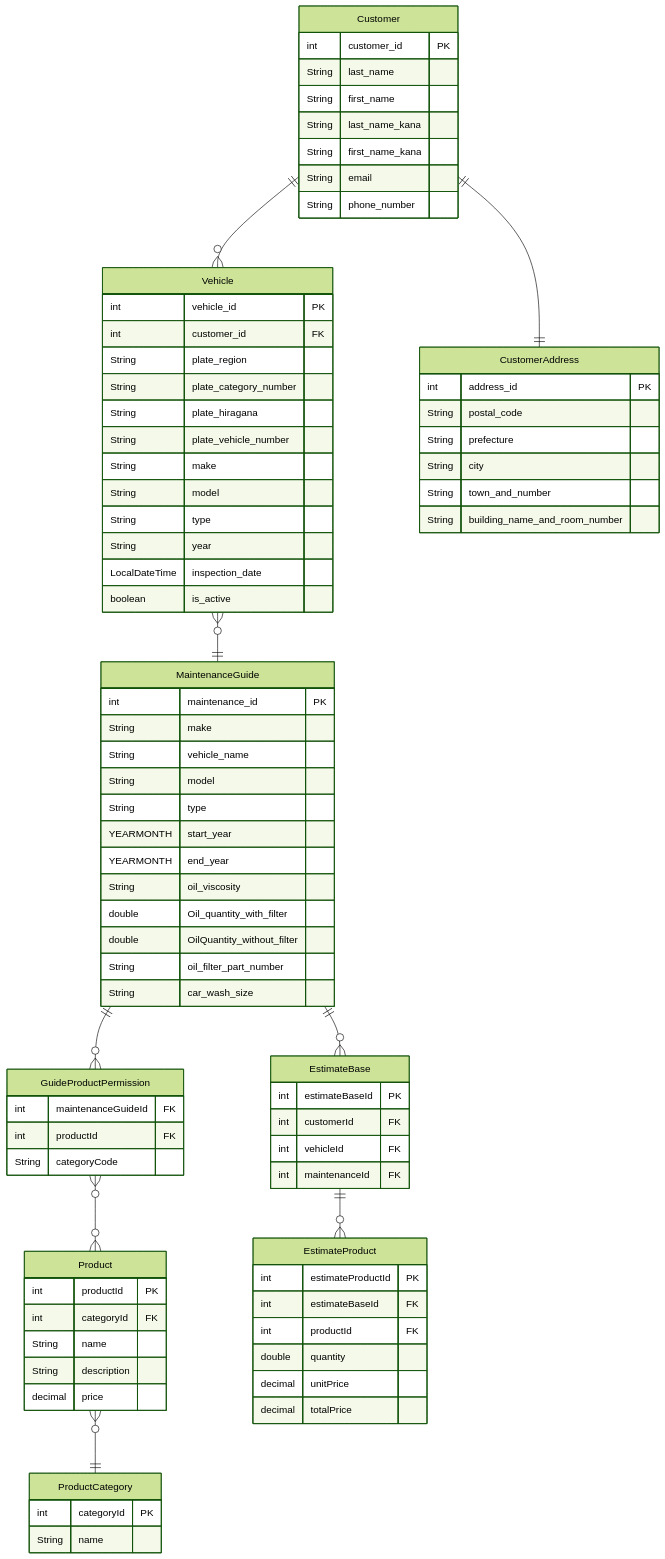
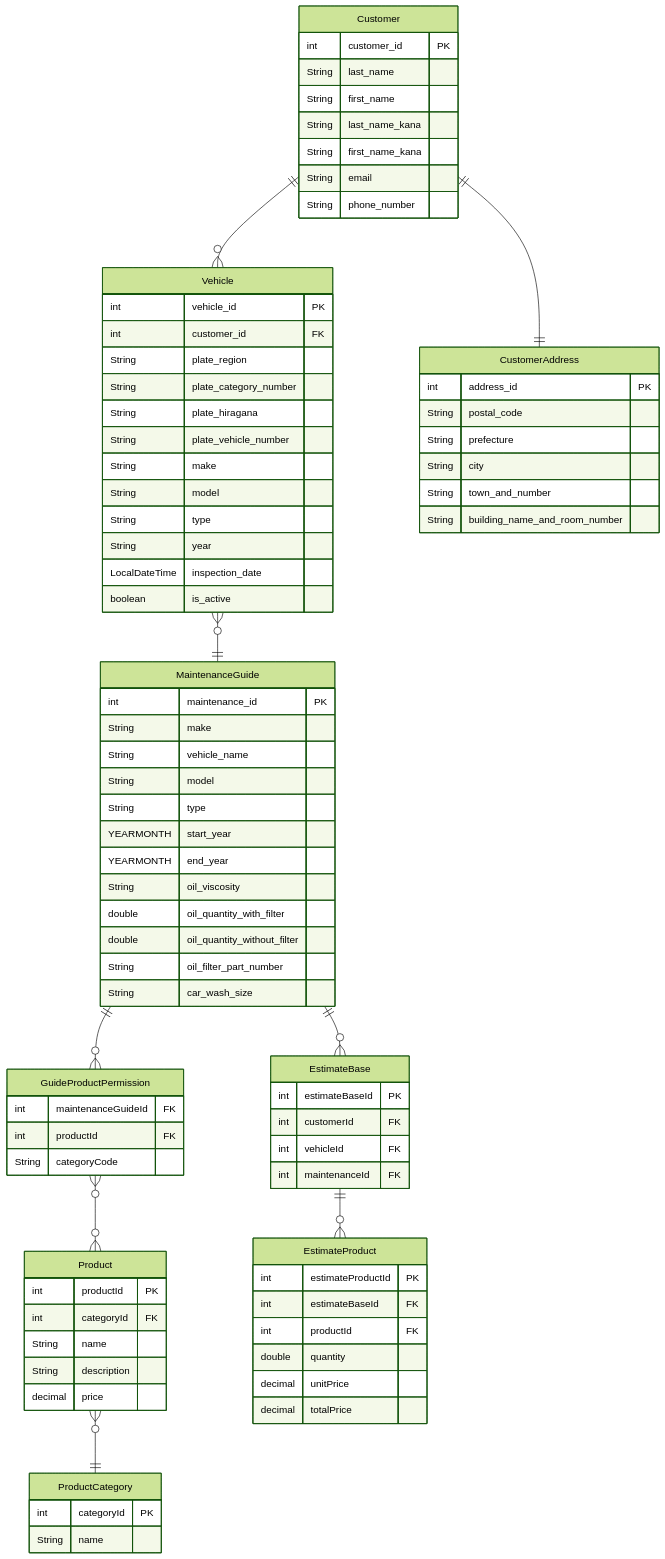
The second of 3 diagrams in README.md (u-1pena/vehicle_estimate), drawn with Mermaid before and after one commit. The commit also changed 26 other files, not shown here.

```diff
--- a/README.md
+++ b/README.md
@@ -183,8 +183,8 @@
         YEARMONTH start_year
         YEARMONTH end_year
         String oil_viscosity
-        double Oil_quantity_with_filter
-        double OilQuantity_without_filter
+        double oil_quantity_with_filter
+        double oil_quantity_without_filter
         String oil_filter_part_number
         String car_wash_size
     }
```
